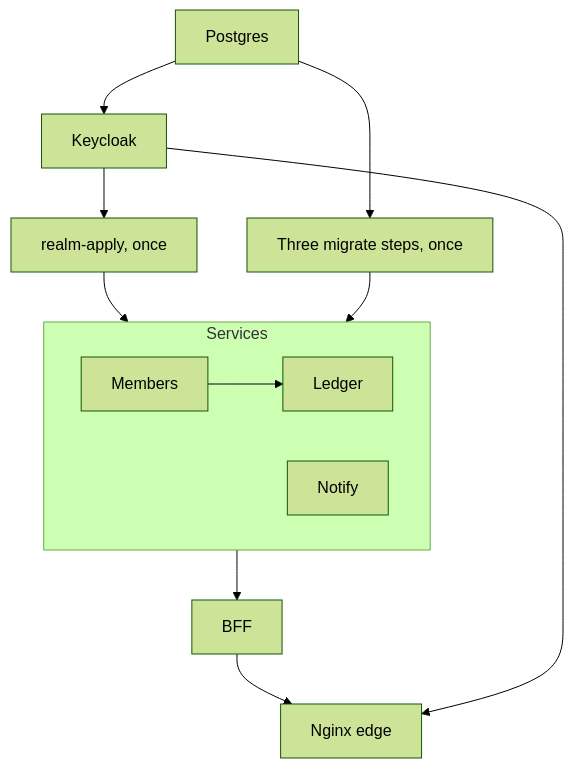
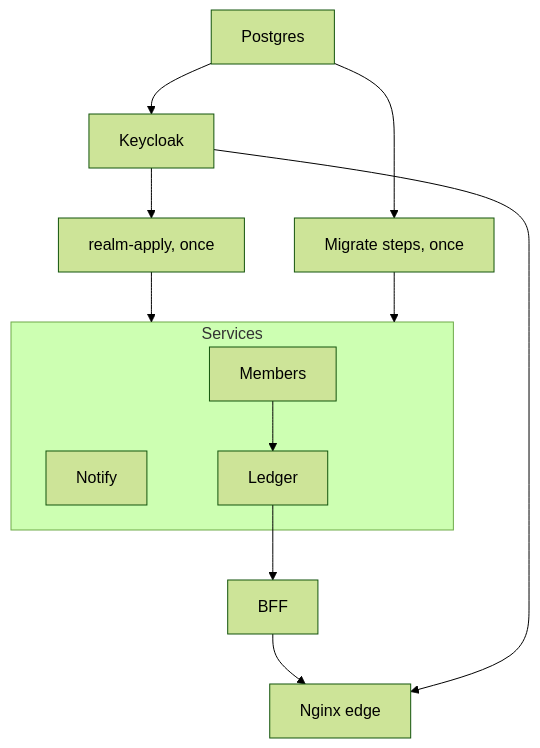
Before and after one commit to ravialdyh/my-money-recap-monorepo: the diagram in infra/compose/README.md, drawn with Mermaid (forest theme). The commit also changed other lines of this file and 28 other files, not shown here.

````diff
--- a/infra/compose/README.md
+++ b/infra/compose/README.md
@@ -40,24 +42,23 @@
 ```mermaid
 flowchart TD
     postgres["Postgres"]
     keycloak["Keycloak"]
     realm["realm-apply, once"]
-    migrate["Three migrate steps, once"]
+    migrate["Migrate steps, once"]
     subgraph services["Services"]
-        direction LR
         members["Members"]
         notify["Notify"]
         ledger["Ledger"]
     end
     bff["BFF"]
     nginx["Nginx edge"]
     postgres --> keycloak
     postgres --> migrate
     keycloak --> realm
     realm --> services
     migrate --> services
     members --> ledger
     ledger --> bff
     bff --> nginx
     keycloak --> nginx
 ```
````
